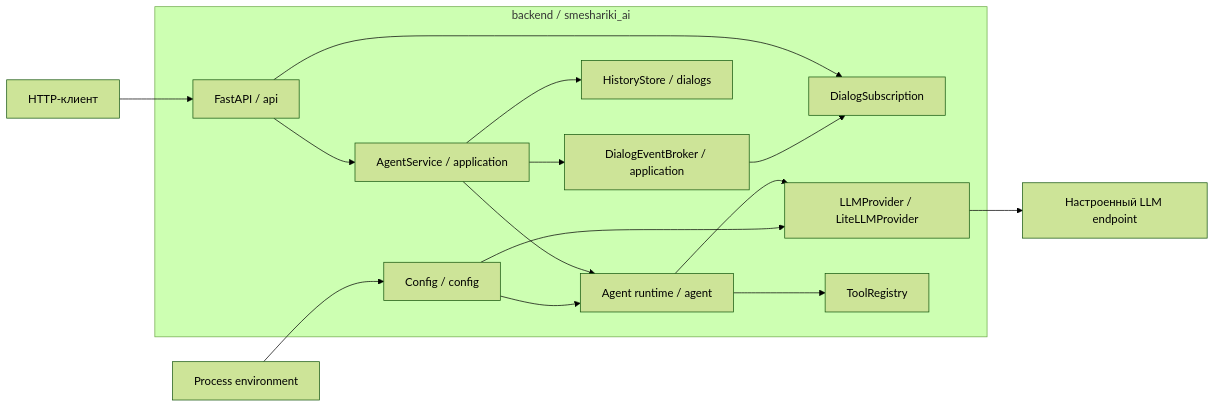
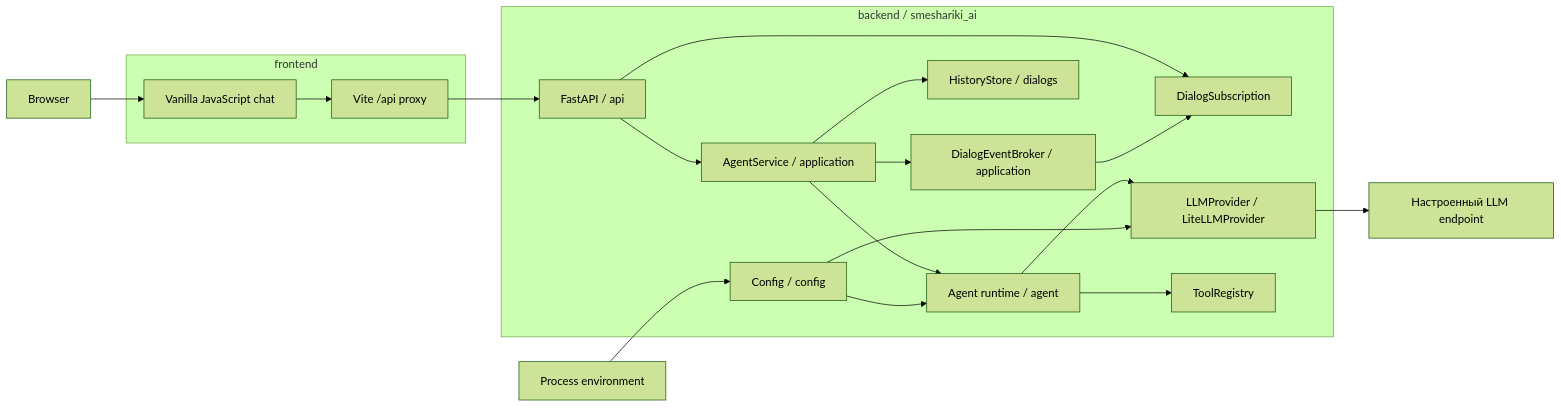
One commit to Nisakoo/BMSTU-NIRS changed the diagram in docs/README.md. Above: the diagram before and after it, drawn with Mermaid (forest theme). The commit also changed other lines of this file and 26 other files, not shown here.

````diff
--- a/docs/README.md
+++ b/docs/README.md
@@ -38,34 +38,41 @@
 ```mermaid
 flowchart LR
-    Client[HTTP-клиент]
+    Browser[Browser]
+
+    subgraph Frontend[frontend]
+        UI[Vanilla JavaScript chat]
+        Vite[Vite /api proxy]
+        UI --> Vite
+    end
 
     subgraph Backend[backend / smeshariki_ai]
         Config[Config / config]
         API[FastAPI / api]
         Service[AgentService / application]
         Broker[DialogEventBroker / application]
         Subscription[DialogSubscription]
         History[HistoryStore / dialogs]
         Agent[Agent runtime / agent]
         LLM[LLMProvider / LiteLLMProvider]
         Tools[ToolRegistry]
 
         API --> Service
         Config --> Agent
         Config --> LLM
         Service --> History
         Service --> Agent
         Service --> Broker
         Broker --> Subscription
         API --> Subscription
         Agent --> LLM
         Agent --> Tools
     end
 
     Model[Настроенный LLM endpoint]
     Environment[Process environment]
 
-    Client --> API
+    Browser --> UI
+    Vite --> API
     Environment --> Config
     LLM --> Model
 ```
````
